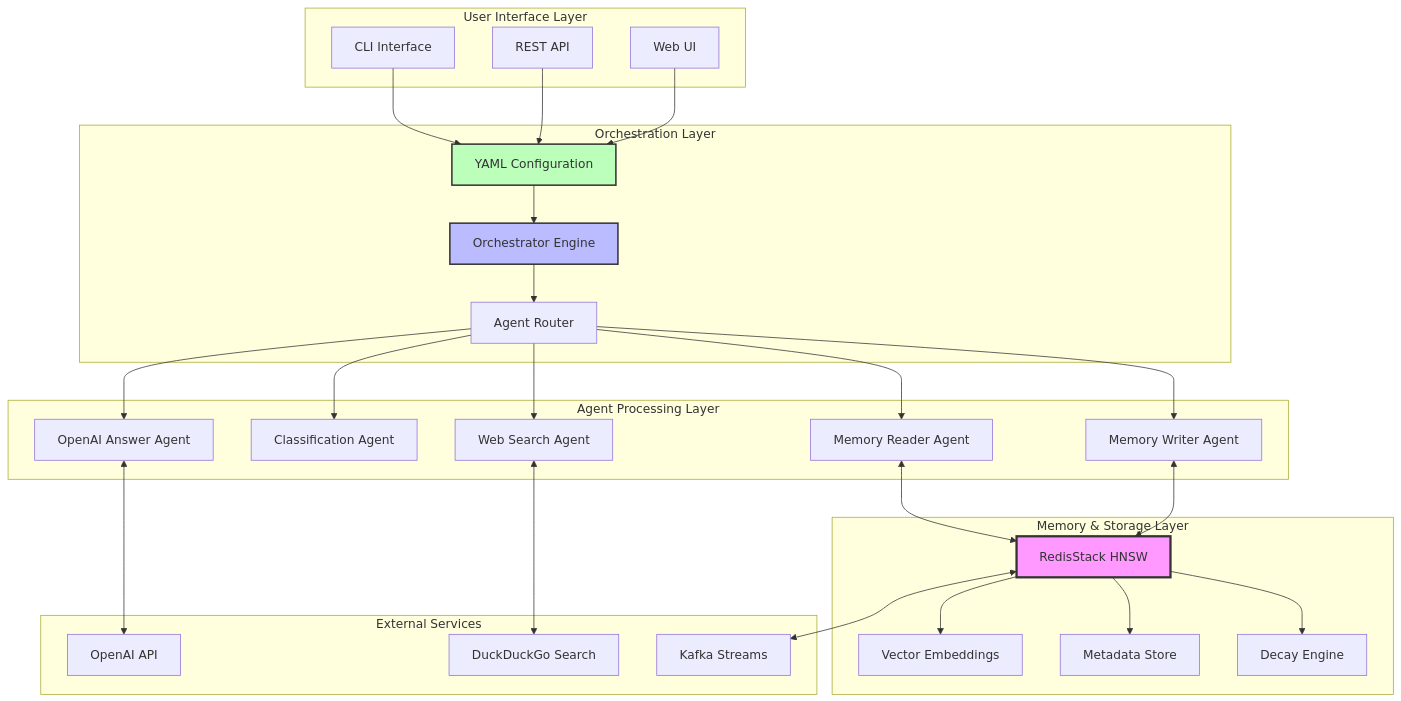
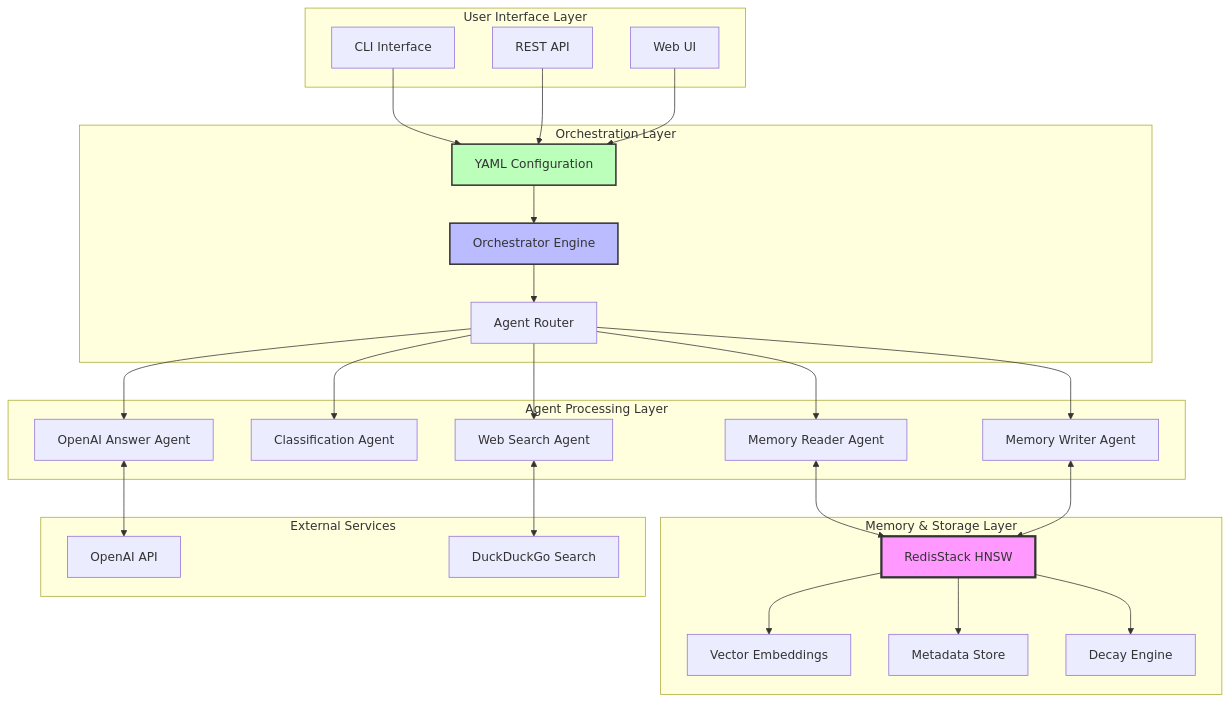
One commit to marcosomma/orka-reasoning changed the third of 18 diagrams in docs/DEVELOPER_GUIDE_INTELLIGENT_QA_FLOW.md. Above: the diagram before and after it, drawn with Mermaid. The commit also changed 86 other files, not shown here.

````diff
--- a/docs/DEVELOPER_GUIDE_INTELLIGENT_QA_FLOW.md
+++ b/docs/DEVELOPER_GUIDE_INTELLIGENT_QA_FLOW.md
@@ -68,61 +68,59 @@
 ```mermaid
 flowchart TB
     subgraph "User Interface Layer"
         CLI[CLI Interface]
         API[REST API]
         UI[Web UI]
     end
     
     subgraph "Orchestration Layer"
         YAML[YAML Configuration]
         ORCH[Orchestrator Engine]
         ROUTER[Agent Router]
     end
     
     subgraph "Agent Processing Layer"
         MEM_R[Memory Reader Agent]
         CLASS[Classification Agent]
         LLM_A[OpenAI Answer Agent]
         MEM_W[Memory Writer Agent]
         SEARCH[Web Search Agent]
     end
     
     subgraph "Memory & Storage Layer"
         REDIS[RedisStack HNSW]
         EMBED[Vector Embeddings]
         META[Metadata Store]
         DECAY[Decay Engine]
     end
     
     subgraph "External Services"
         OPENAI[OpenAI API]
         DDGO[DuckDuckGo Search]
-        KAFKA[Kafka Streams]
     end
     
     CLI --> YAML
     API --> YAML
     UI --> YAML
     
     YAML --> ORCH
     ORCH --> ROUTER
     ROUTER --> MEM_R
     ROUTER --> CLASS
     ROUTER --> LLM_A
     ROUTER --> MEM_W
     ROUTER --> SEARCH
     
     MEM_R <--> REDIS
     MEM_W <--> REDIS
     REDIS --> EMBED
     REDIS --> META
     REDIS --> DECAY
     
     LLM_A <--> OPENAI
     SEARCH <--> DDGO
-    REDIS <--> KAFKA
     
     style REDIS fill:#f9f,stroke:#333,stroke-width:3px
     style ORCH fill:#bbf,stroke:#333,stroke-width:2px
     style YAML fill:#bfb,stroke:#333,stroke-width:2px
 ```
````
